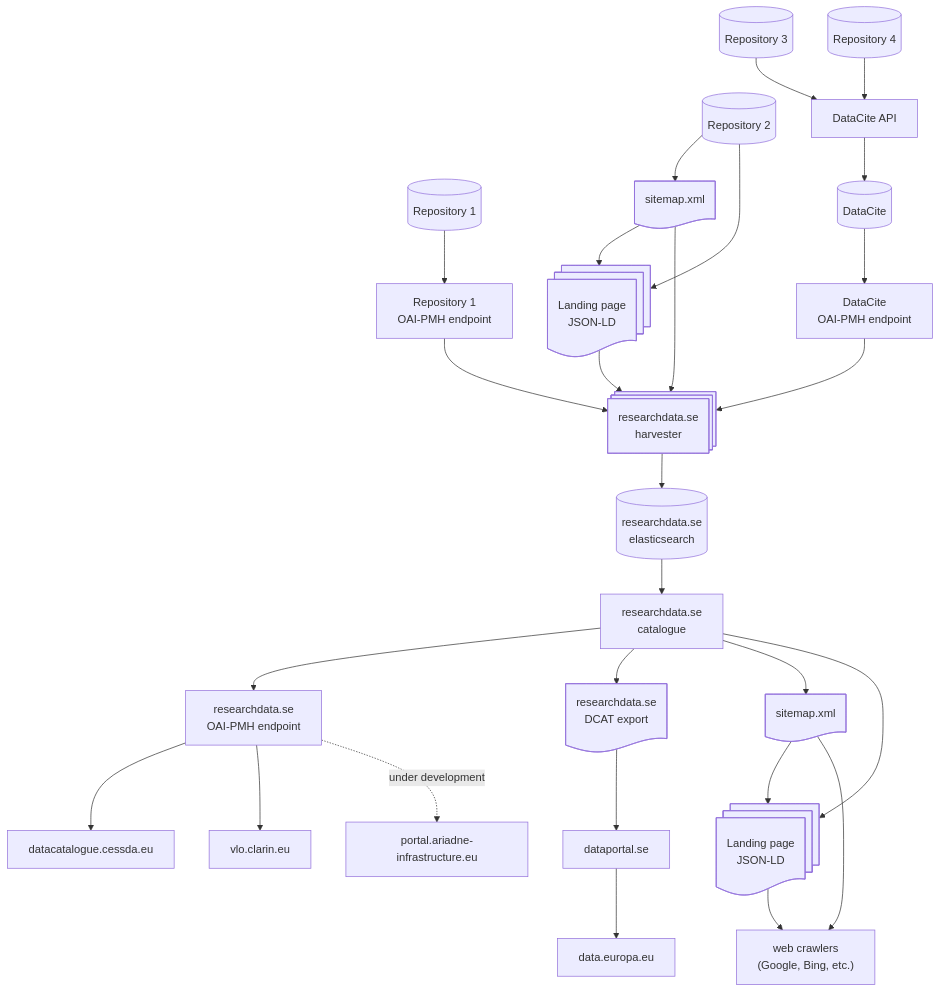
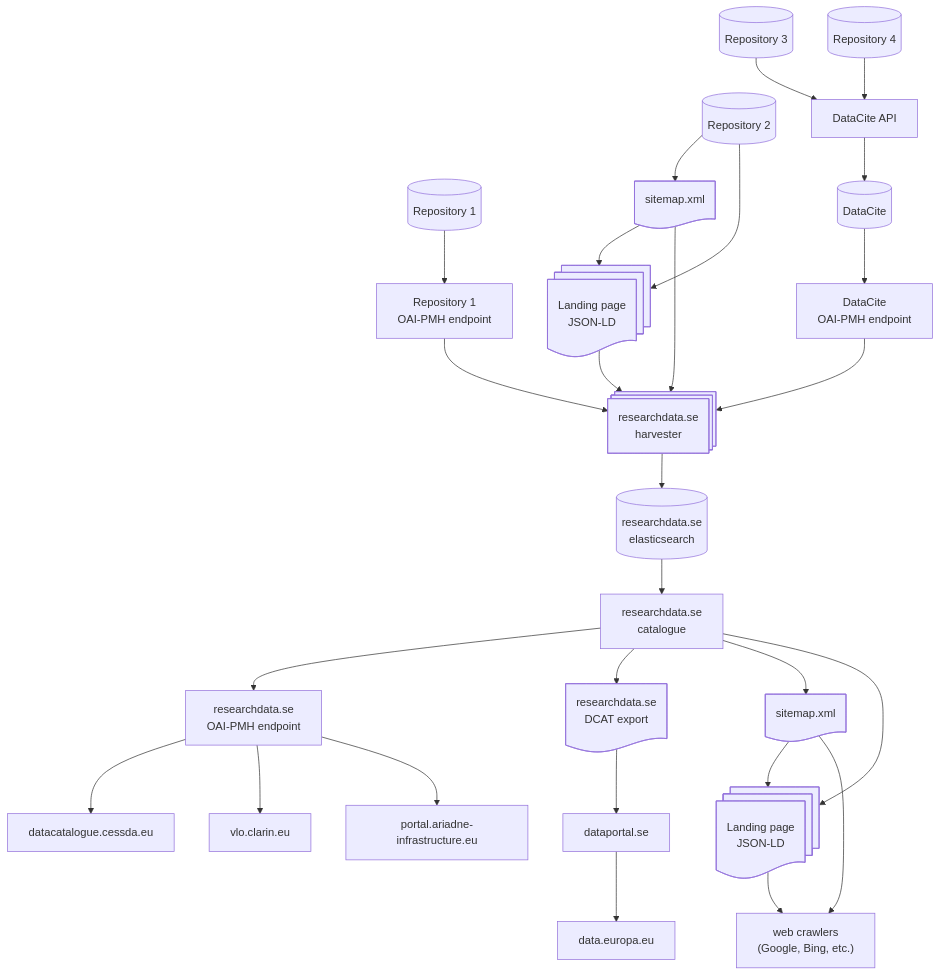
One commit to researchdata-se/docs.researchdata.se changed the diagram in docs/harvesting/index.md. Above: the diagram before and after it, drawn with Mermaid.

Commit message:
harvesting: remove in development for ariadne
Ariadne portal harevst metadata from researchdata.se now

```diff
--- a/docs/harvesting/index.md
+++ b/docs/harvesting/index.md
@@ -143,7 +143,7 @@
 
   rda_oai --> cessda
   rda_oai --> clarin_vlo
-  rda_oai -. under development .-> ariadne
+  rda_oai --> ariadne
 
   rda_sitemap --> web_crawlers
   rda_jsonld --> web_crawlers
```
